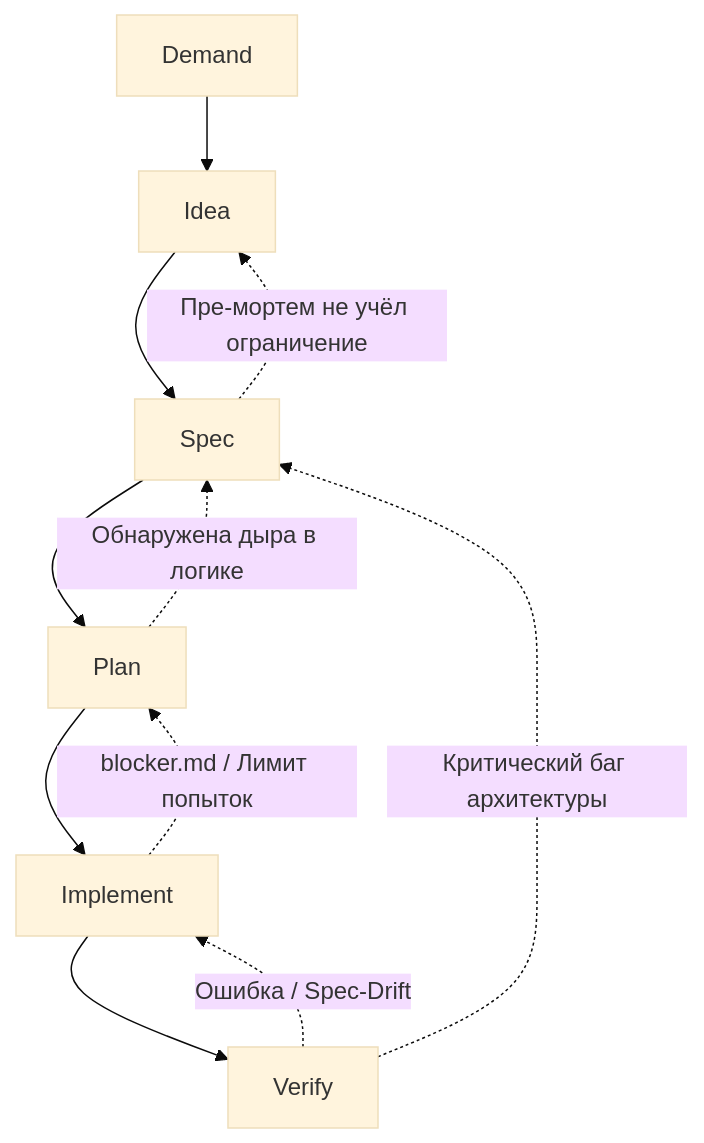
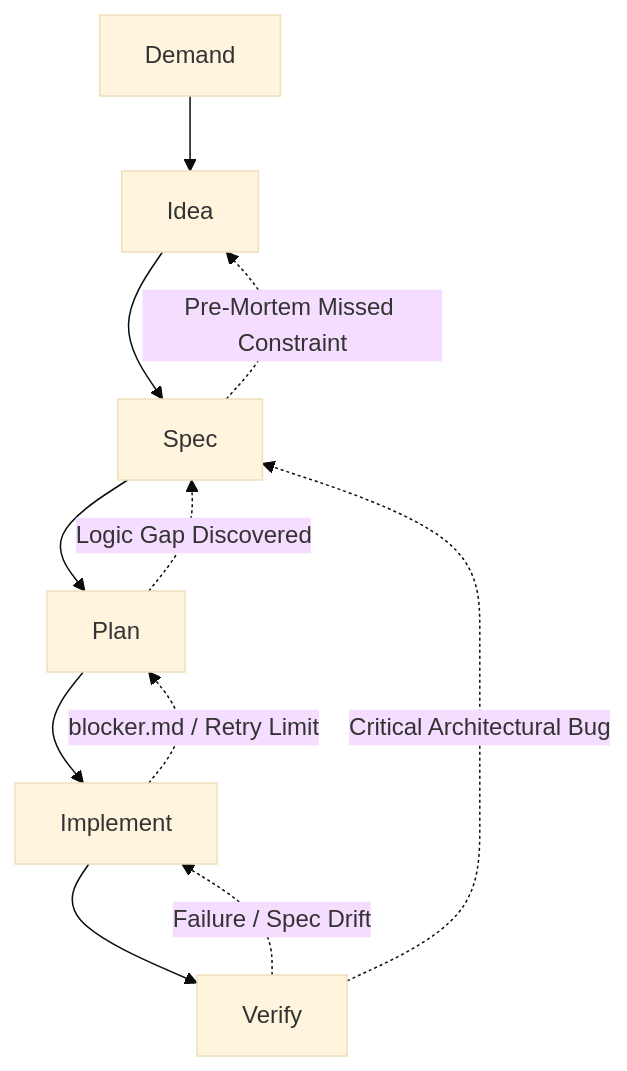
Before and after one commit to bulbigood/dispiv: the second of 2 diagrams in README.md, drawn with Mermaid (base theme). The commit also changed other lines of this file and 5 other files, not shown here.

````diff
--- a/README.md
+++ b/README.md
@@ -85,14 +108,14 @@
 ```mermaid
 graph TD
     Dem[Demand] --> Id[Idea]
     Id --> Sp[Spec]
     Sp --> Pl[Plan]
     Pl --> Impl[Implement]
     Impl --> Ver[Verify]
 
-    Ver -. "Ошибка / Spec-Drift" .-> Impl
-    Ver -. "Критический баг архитектуры" .-> Sp
-    Impl -. "blocker.md / Лимит попыток" .-> Pl
-    Pl -. "Обнаружена дыра в логике" .-> Sp
-    Sp -. "Пре-мортем не учёл ограничение" .-> Id
+    Ver -. "Failure / Spec Drift" .-> Impl
+    Ver -. "Critical Architectural Bug" .-> Sp
+    Impl -. "blocker.md / Retry Limit" .-> Pl
+    Pl -. "Logic Gap Discovered" .-> Sp
+    Sp -. "Pre-Mortem Missed Constraint" .-> Id
 ```
````
